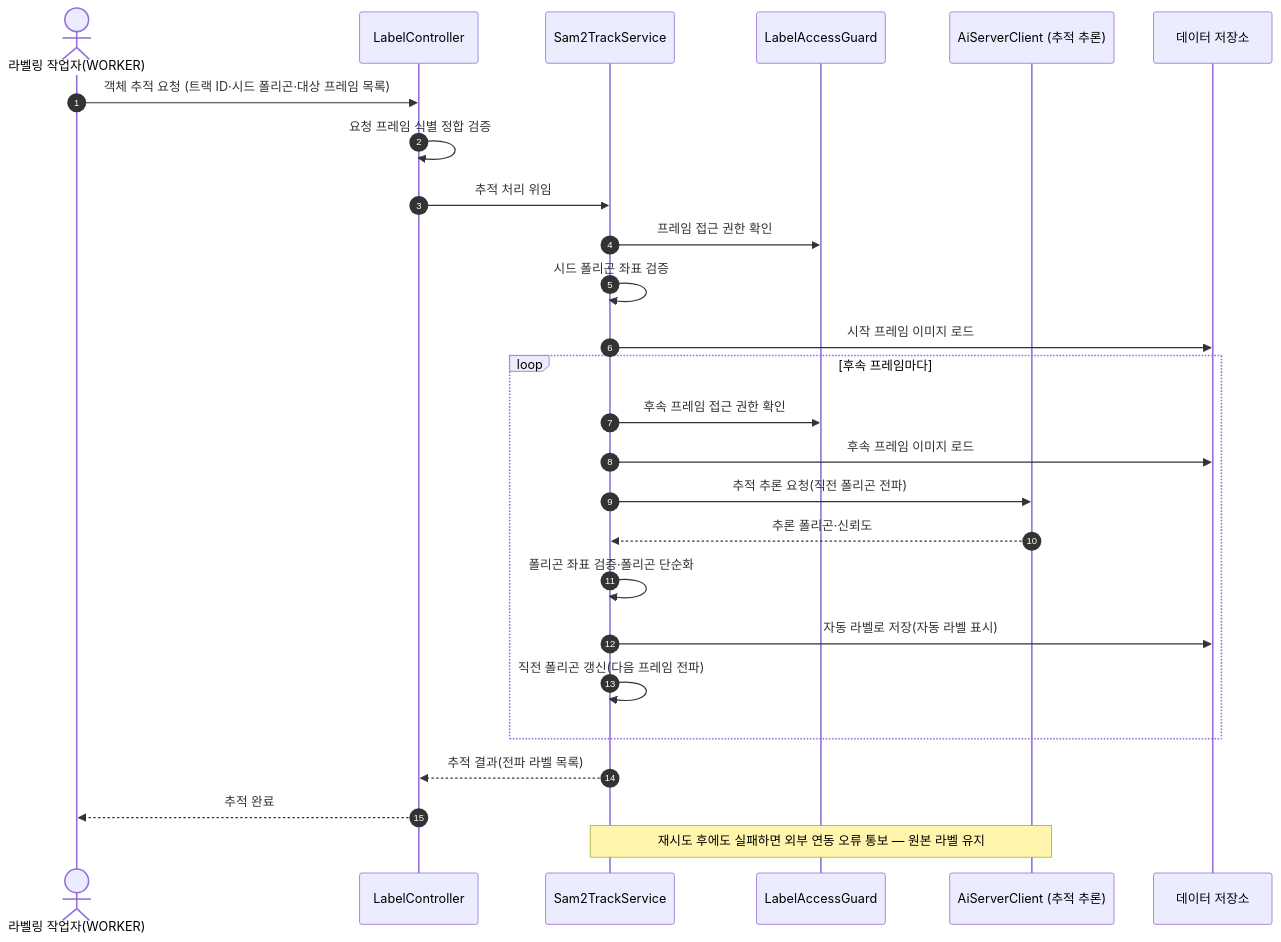
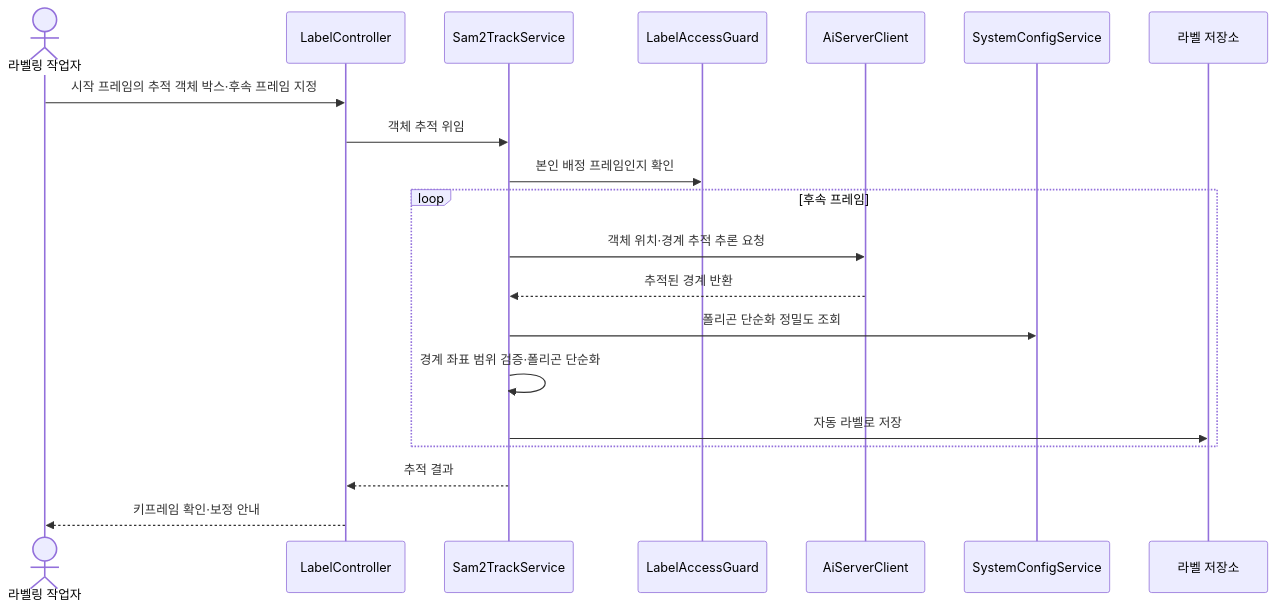
The fourth of 36 diagrams in docs/design/D1-클래스설계서.md (New-stella/klid-label), drawn with Mermaid before and after one commit. The commit also changed other lines of this file and 7 other files, not shown here.

````diff
--- a/docs/design/D1-클래스설계서.md
+++ b/docs/design/D1-클래스설계서.md
@@ -378,28 +319,22 @@
 ```mermaid
 sequenceDiagram
-    autonumber
-    actor WK as 라벨링 작업자(WORKER)
-    participant LC as LabelController
-    participant STS as Sam2TrackService
-    participant AG as LabelAccessGuard
-    participant AI as AiServerClient (추적 추론)
-    participant DB as 데이터 저장소
-    WK->>LC: 객체 추적 요청 (트랙 ID·시드 폴리곤·대상 프레임 목록)
-    LC->>LC: 요청 프레임 식별 정합 검증
-    LC->>STS: 추적 처리 위임
-    STS->>AG: 프레임 접근 권한 확인
-    STS->>STS: 시드 폴리곤 좌표 검증
-    STS->>DB: 시작 프레임 이미지 로드
-    loop 후속 프레임마다
-        STS->>AG: 후속 프레임 접근 권한 확인
-        STS->>DB: 후속 프레임 이미지 로드
-        STS->>AI: 추적 추론 요청(직전 폴리곤 전파)
-        AI-->>STS: 추론 폴리곤·신뢰도
-        STS->>STS: 폴리곤 좌표 검증·폴리곤 단순화
-        STS->>DB: 자동 라벨로 저장(자동 라벨 표시)
-        STS->>STS: 직전 폴리곤 갱신(다음 프레임 전파)
+    actor WORKER as 라벨링 작업자
+    participant C as LabelController
+    participant S as Sam2TrackService
+    participant G as LabelAccessGuard
+    participant A as AiServerClient
+    participant CFG as SystemConfigService
+    participant L as 라벨 저장소
+    WORKER->>C: 시작 프레임의 추적 객체 박스·후속 프레임 지정
+    C->>S: 객체 추적 위임
+    S->>G: 본인 배정 프레임인지 확인
+    loop 후속 프레임
+        S->>A: 객체 위치·경계 추적 추론 요청
+        A-->>S: 추적된 경계 반환
+        S->>CFG: 폴리곤 단순화 정밀도 조회
+        S->>S: 경계 좌표 범위 검증·폴리곤 단순화
+        S->>L: 자동 라벨로 저장
     end
-    STS-->>LC: 추적 결과(전파 라벨 목록)
-    LC-->>WK: 추적 완료
-    Note over STS,AI: 재시도 후에도 실패하면 외부 연동 오류 통보 — 원본 라벨 유지
+    S-->>C: 추적 결과
+    C-->>WORKER: 키프레임 확인·보정 안내
 ```
````
